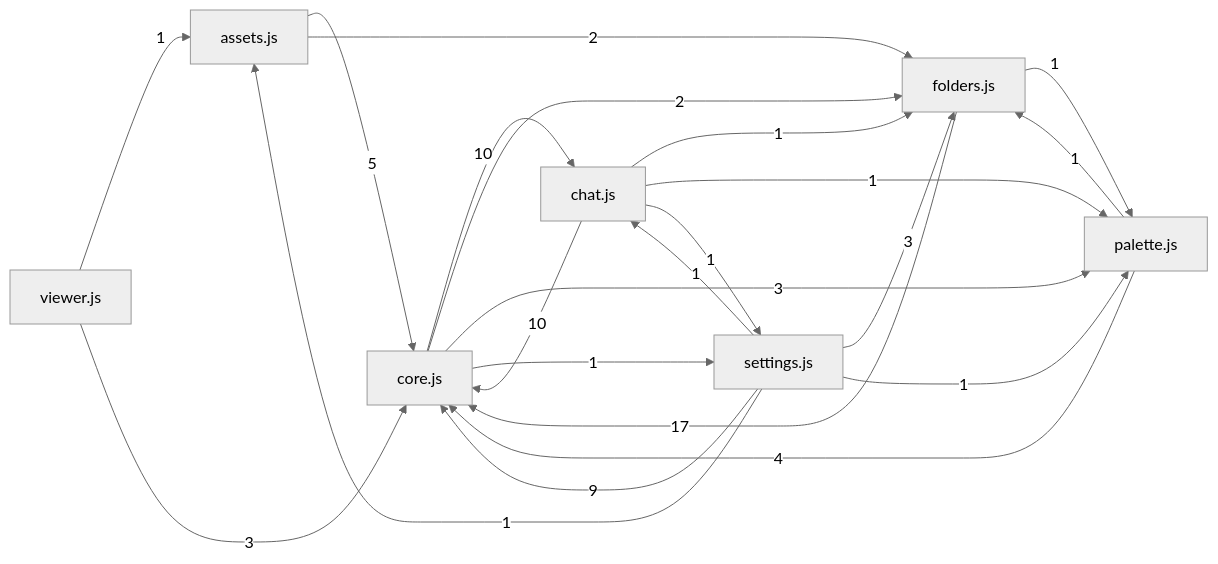
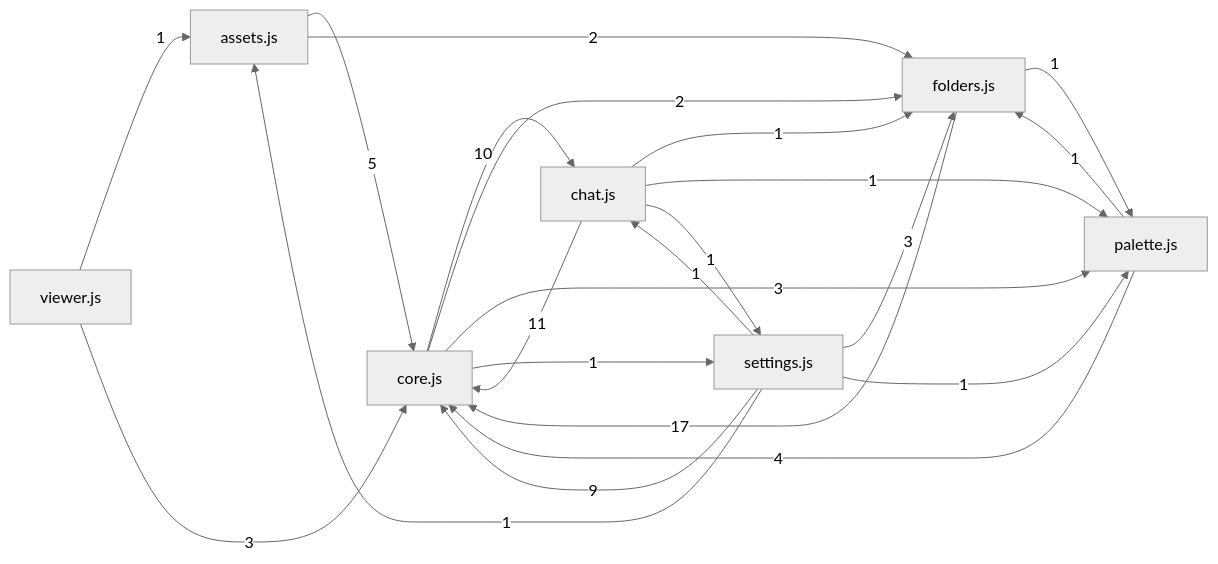
Before and after one commit to Zenginby/kromis: the diagram in docs/graflar/onyuz.md, drawn with Mermaid (neutral theme). The commit also changed other lines of this file and 8 other files, not shown here.

````diff
--- a/docs/graflar/onyuz.md
+++ b/docs/graflar/onyuz.md
@@ -23,24 +23,24 @@
 ```mermaid
 flowchart LR
   n_assets_js["assets.js"] -->|5| n_core_js["core.js"]
   n_assets_js["assets.js"] -->|2| n_folders_js["folders.js"]
-  n_chat_js["chat.js"] -->|10| n_core_js["core.js"]
+  n_chat_js["chat.js"] -->|11| n_core_js["core.js"]
   n_chat_js["chat.js"] -->|1| n_folders_js["folders.js"]
   n_chat_js["chat.js"] -->|1| n_palette_js["palette.js"]
   n_chat_js["chat.js"] -->|1| n_settings_js["settings.js"]
   n_core_js["core.js"] -->|10| n_chat_js["chat.js"]
   n_core_js["core.js"] -->|2| n_folders_js["folders.js"]
   n_core_js["core.js"] -->|3| n_palette_js["palette.js"]
   n_core_js["core.js"] -->|1| n_settings_js["settings.js"]
   n_folders_js["folders.js"] -->|17| n_core_js["core.js"]
   n_folders_js["folders.js"] -->|1| n_palette_js["palette.js"]
   n_palette_js["palette.js"] -->|4| n_core_js["core.js"]
   n_palette_js["palette.js"] -->|1| n_folders_js["folders.js"]
   n_settings_js["settings.js"] -->|1| n_assets_js["assets.js"]
   n_settings_js["settings.js"] -->|1| n_chat_js["chat.js"]
   n_settings_js["settings.js"] -->|9| n_core_js["core.js"]
   n_settings_js["settings.js"] -->|3| n_folders_js["folders.js"]
   n_settings_js["settings.js"] -->|1| n_palette_js["palette.js"]
   n_viewer_js["viewer.js"] -->|1| n_assets_js["assets.js"]
   n_viewer_js["viewer.js"] -->|3| n_core_js["core.js"]
 ```
````
